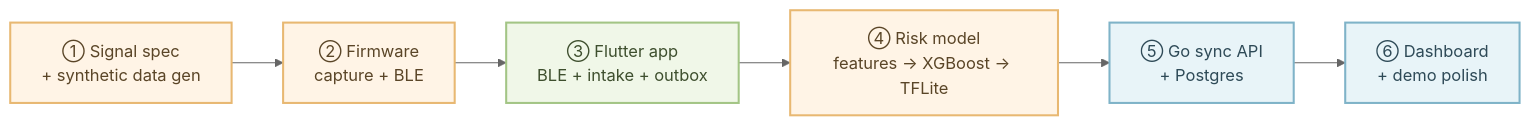
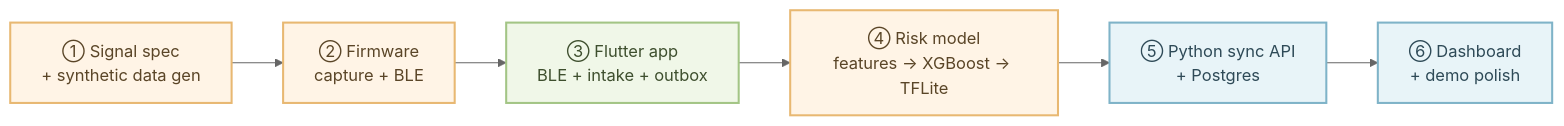
One commit to aryank2ndID/v2 changed the fourth of 4 diagrams in SIH26004-architecture.md. Above: the diagram before and after it, drawn with Mermaid (neutral theme). The commit also changed other lines of this file and 58 other files, not shown here.

Commit message:
chore: remove acoustic features and cost references, update architecture, add research contexts

````diff
--- a/SIH26004-architecture.md
+++ b/SIH26004-architecture.md
@@ -161,16 +159,16 @@
 ```mermaid
 flowchart LR
     W1["① Signal spec<br/>+ synthetic data gen"] --> W2["② Firmware<br/>capture + BLE"]
     W2 --> W3["③ Flutter app<br/>BLE + intake + outbox"]
     W3 --> W4["④ Risk model<br/>features → XGBoost → TFLite"]
-    W4 --> W5["⑤ Go sync API<br/>+ Postgres"]
+    W4 --> W5["⑤ Python sync API<br/>+ Postgres"]
     W5 --> W6["⑥ Dashboard<br/>+ demo polish"]
 
     classDef hard fill:#FFF4E6,stroke:#E8B872,stroke-width:2px,color:#5A4527
     classDef mid fill:#F0F7E8,stroke:#A3C585,stroke-width:2px,color:#3E4F2E
     classDef easy fill:#E8F4F8,stroke:#7FB3C8,stroke-width:2px,color:#2E4A57
 
     class W1,W2,W4 hard
     class W3 mid
     class W5,W6 easy
 ```
````
